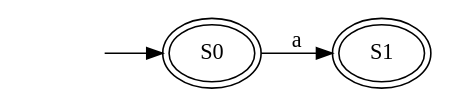
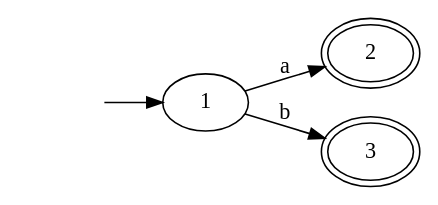
The diagram in test-output/round-table.gv (JuanDiegoAvila/Laboratorio_Compiladores), drawn with Graphviz before and after one commit. The commit also changed 6 other files, not shown here.

```diff
--- a/test-output/round-table.gv
+++ b/test-output/round-table.gv
@@ -1,9 +1,11 @@
 digraph {
 	graph [rankdir=LR]
 	inicio [label="" shape=none]
-	S0
-	inicio -> S0
-	S0 [peripheries=2]
-	S0 -> S1 [label=a]
-	S1 [peripheries=2]
+	1
+	inicio -> 1
+	1
+	1 -> 2 [label=a]
+	1 -> 3 [label=b]
+	2 [peripheries=2]
+	3 [peripheries=2]
 }
```
